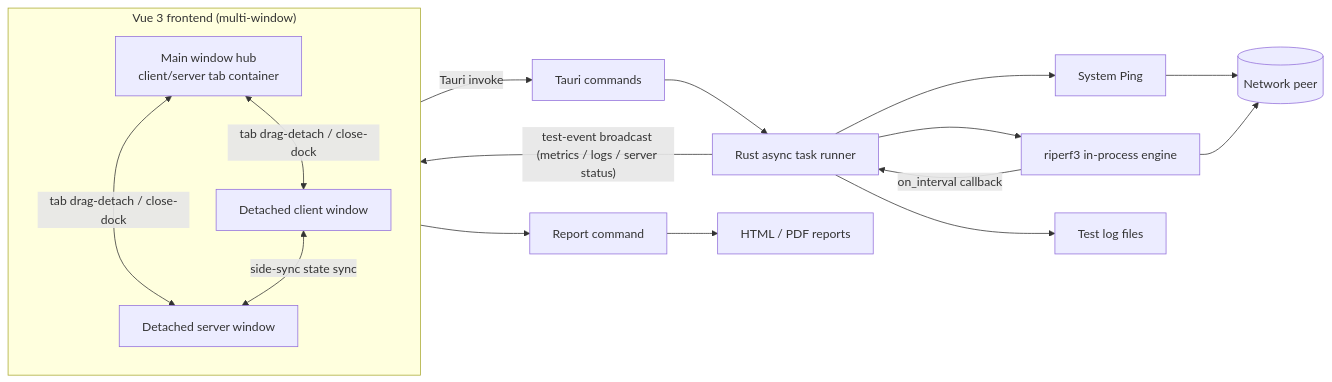
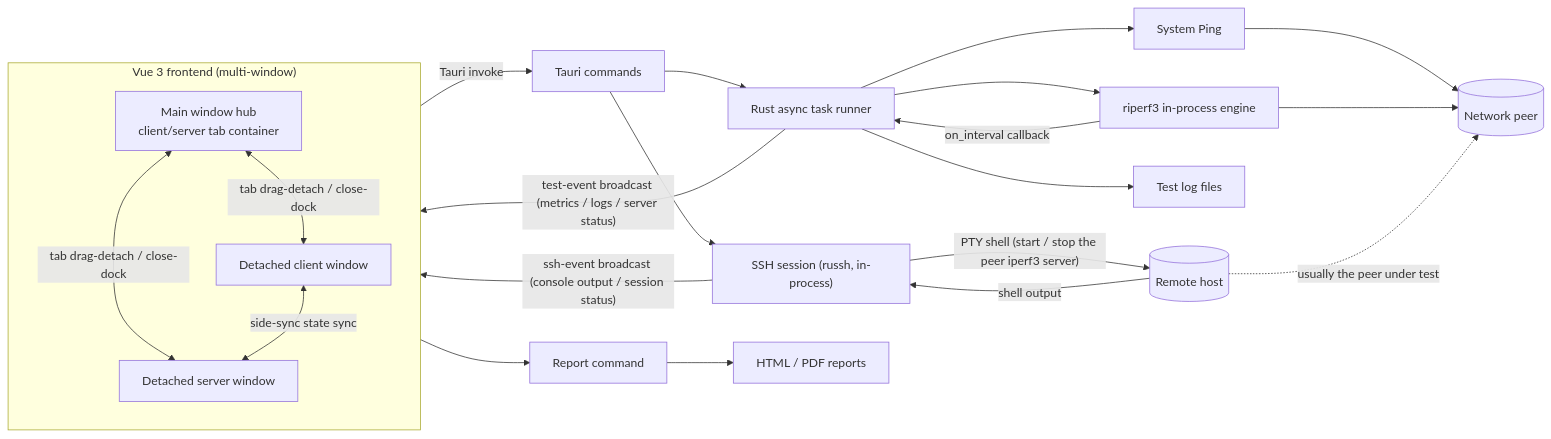
The diagram in README.md (KISSMonX/LinkGauge), drawn with Mermaid before and after one commit. The commit also changed other lines of this file and 1 other file, not shown here.

First line of the commit message:
docs: reflect the SSH console in the architecture diagram and README body

````diff
--- a/README.md
+++ b/README.md
@@ -54,22 +54,27 @@
 ```mermaid
 flowchart LR
     subgraph UI["Vue 3 frontend (multi-window)"]
         HUB["Main window hub<br/>client/server tab container"]
         CW["Detached client window"]
         SW["Detached server window"]
         HUB <-->|"tab drag-detach / close-dock"| CW
         HUB <-->|"tab drag-detach / close-dock"| SW
         CW <-->|"side-sync state sync"| SW
     end
     UI -->|Tauri invoke| API[Tauri commands]
     API --> RUNNER[Rust async task runner]
+    API --> SSH["SSH session (russh, in-process)"]
     RUNNER --> PING[System Ping]
     RUNNER --> ENGINE[riperf3 in-process engine]
     PING --> NETWORK[(Network peer)]
     ENGINE --> NETWORK
     ENGINE -->|on_interval callback| RUNNER
     RUNNER -->|"test-event broadcast (metrics / logs / server status)"| UI
     RUNNER --> LOGS[Test log files]
+    SSH -->|"PTY shell (start / stop the peer iperf3 server)"| REMOTE[(Remote host)]
+    REMOTE -->|shell output| SSH
+    SSH -->|"ssh-event broadcast (console output / session status)"| UI
+    REMOTE -.->|"usually the peer under test"| NETWORK
     UI --> REPORT[Report command]
     REPORT --> OUTPUT[HTML / PDF reports]
 ```
````
